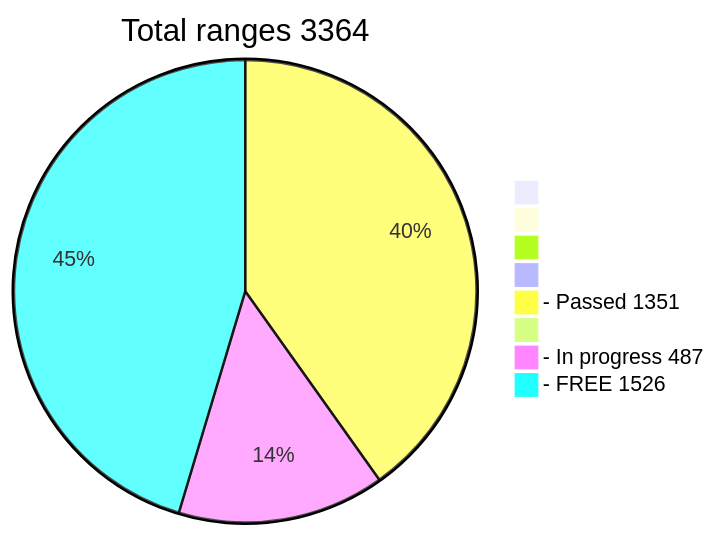
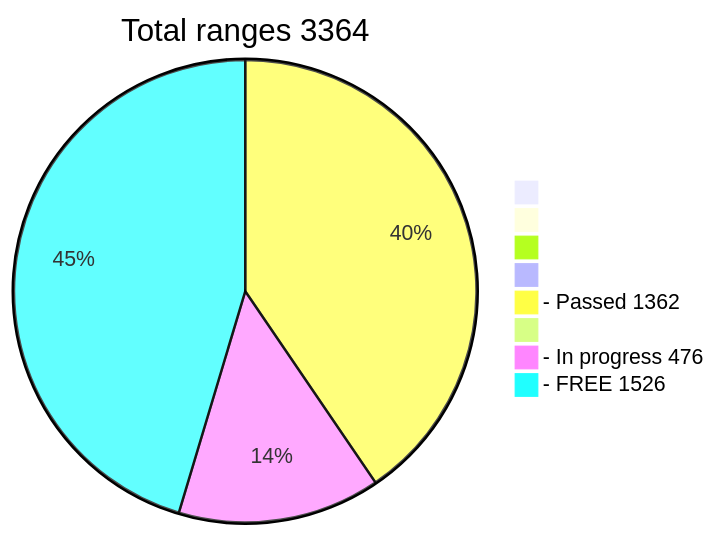
The diagram in README.md (phrutis/wif500), drawn with Mermaid before and after one commit.

````diff
--- a/README.md
+++ b/README.md
@@ -16,12 +16,12 @@
 ```mermaid
 pie title Total ranges 3364
              " " : 0
             "  " : 0
            "   " : 0
           "    " : 0
-  "- Passed 1351" : 1351
+  "- Passed 1362" : 1362
          "     " : 0
-  "- In progress 487" : 487
+  "- In progress 476" : 476
    "- FREE 1526" : 1526
    
 ```
````
